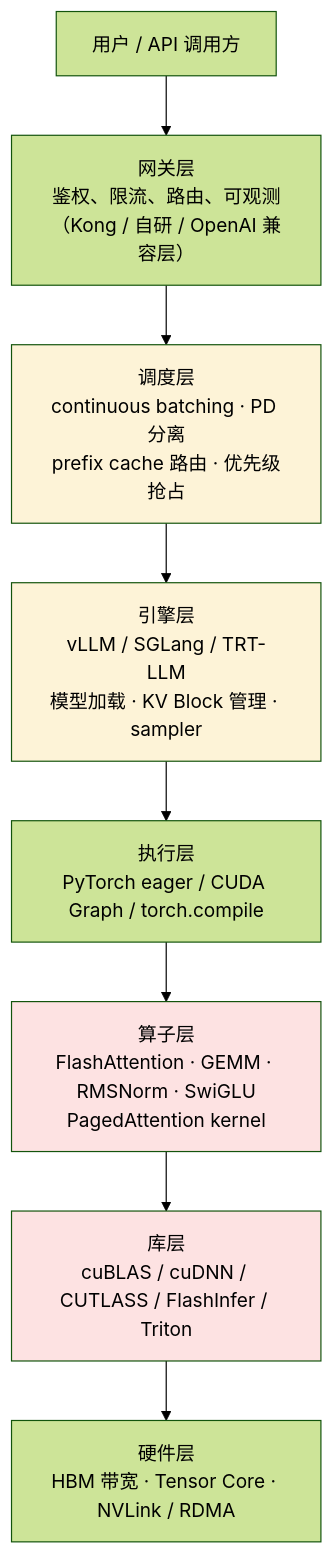
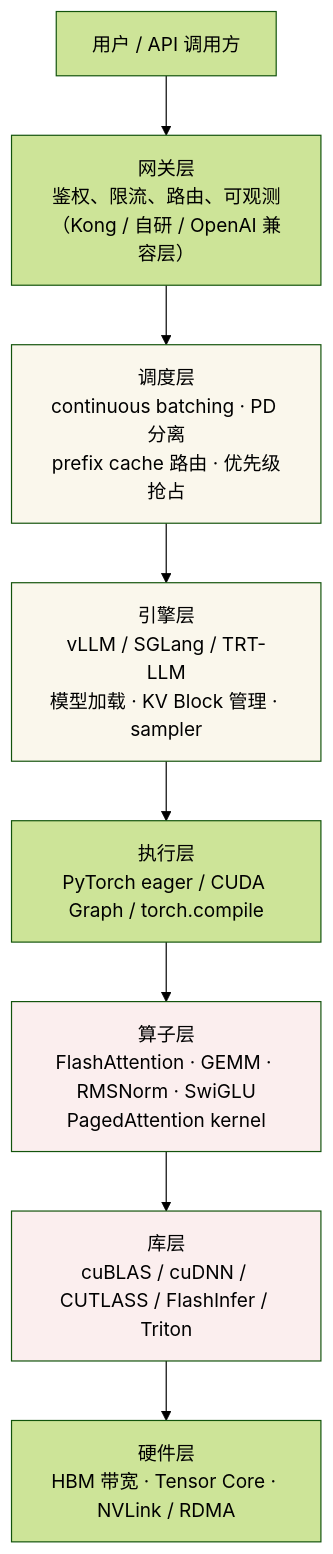
The first of 3 diagrams in interview-questions/inference/推理引擎选型与源码路线.md (backtraxe/offer-is-all-you-need), drawn with Mermaid (forest theme) before and after one commit. The commit also changed 8 other files, not shown here.

First line of the commit message:
ui: 图表色板去糖果化——彩纸分区 → 统一低饱和中性灰

````diff
--- a/interview-questions/inference/推理引擎选型与源码路线.md
+++ b/interview-questions/inference/推理引擎选型与源码路线.md
@@ -31,15 +31,15 @@
 ```mermaid
 flowchart TB
     U["用户 / API 调用方"] --> GW["网关层<br/>鉴权、限流、路由、可观测<br/>（Kong / 自研 / OpenAI 兼容层）"]
     GW --> SCHED["调度层<br/>continuous batching · PD 分离<br/>prefix cache 路由 · 优先级抢占"]
     SCHED --> ENG["引擎层<br/>vLLM / SGLang / TRT-LLM<br/>模型加载 · KV Block 管理 · sampler"]
     ENG --> EXE["执行层<br/>PyTorch eager / CUDA Graph / torch.compile"]
     EXE --> OP["算子层<br/>FlashAttention · GEMM · RMSNorm · SwiGLU<br/>PagedAttention kernel"]
     OP --> LIB["库层<br/>cuBLAS / cuDNN / CUTLASS / FlashInfer / Triton"]
     LIB --> HW["硬件层<br/>HBM 带宽 · Tensor Core · NVLink / RDMA"]
 
-    style SCHED fill:#fdf3d7
-    style ENG fill:#fdf3d7
-    style OP fill:#fde2e2
-    style LIB fill:#fde2e2
+    style SCHED fill:#faf7ec
+    style ENG fill:#faf7ec
+    style OP fill:#fbeeee
+    style LIB fill:#fbeeee
 ```
````
